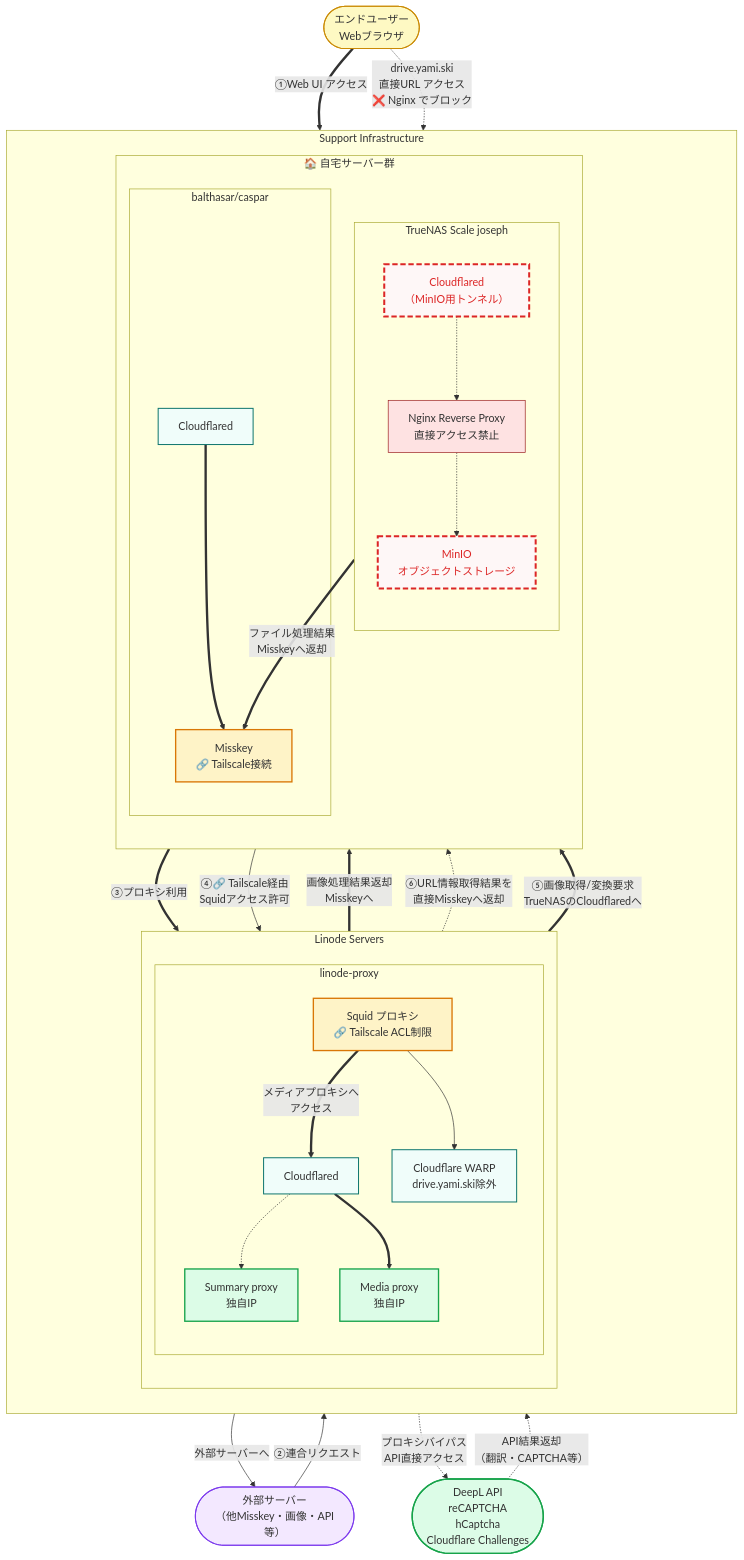
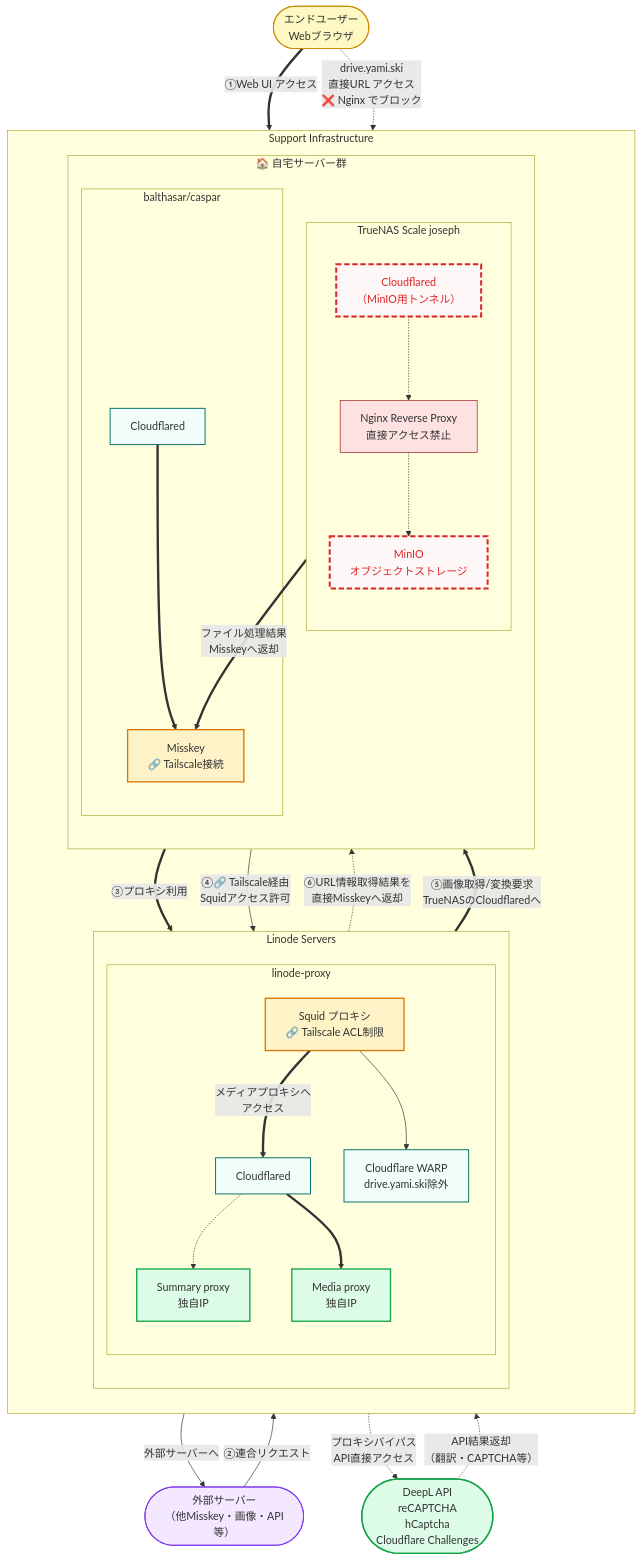
Before and after one commit to yamisskey-dev/hosted-list: the fifth of 5 diagrams in README.md, drawn with Mermaid.

````diff
--- a/README.md
+++ b/README.md
@@ -444,82 +444,81 @@
 ```mermaid
 graph TB
 classDef homeServer fill:#e2e8f0,stroke:#334155,stroke-width:2px
 classDef service fill:#f8fafc,stroke:#64748b,stroke-width:1px
 classDef security fill:#fee2e2,stroke:#991b1b,stroke-width:1px
 classDef cloudflare fill:#f0fdfa,stroke:#0f766e,stroke-width:1.5px
 classDef user fill:#fef9c3,stroke:#ca8a04,stroke-width:1.5px
 classDef federation fill:#f3e8ff,stroke:#7c3aed,stroke-width:1.5px
 classDef excludeHome fill:#fef7f7,stroke:#dc2626,stroke-width:3px,stroke-dasharray: 8 4,color:#dc2626
 classDef direct fill:#dcfce7,stroke:#16a34a,stroke-width:2px
 classDef tailscale fill:#fef3c7,stroke:#d97706,stroke-width:2px
 
 %% External actors
 enduser([エンドユーザー<br/>Webブラウザ]):::user
 external_servers([外部サーバー<br/>（他Misskey・画像・API等）]):::federation
 bypass_services([DeepL API<br/>reCAPTCHA<br/>hCaptcha<br/>Cloudflare Challenges]):::direct
 
 subgraph support[Support Infrastructure]
     direction TB
     
     subgraph linode[Linode Servers]
         direction TB
         subgraph proxy[linode-proxy]
             summaryproxy[Summary proxy<br/>独自IP]:::direct
             mediaproxy[Media proxy<br/>独自IP]:::direct
             squid[Squid プロキシ<br/>🔗 Tailscale ACL制限]:::tailscale
             warp[Cloudflare WARP<br/>drive.yami.ski除外]:::cloudflare
             cloudflared_p[Cloudflared]:::cloudflare
         end
     end
     
     subgraph homeservers[🏠 自宅サーバー群]
         direction TB
         subgraph balthasar_caspar[balthasar/caspar]
             yamisskey[Misskey<br/>🔗 Tailscale接続]:::tailscale
             cloudflared_bc[Cloudflared]:::cloudflare
         end
         
         subgraph truenas[TrueNAS Scale joseph]
             direction TB
             nginx_minio[Nginx Reverse Proxy<br/>直接アクセス禁止]:::security
             minio[MinIO<br/>オブジェクトストレージ]:::excludeHome
             cloudflared_home[Cloudflared<br/>（MinIO用トンネル）]:::excludeHome
         end
     end
 end
 
 %% エンドユーザーのアクセス経路（太線）
 enduser ==>|"①Web UI アクセス"| cloudflared_bc
 cloudflared_bc ==> yamisskey
 
 %% 外部サーバーからの連合リクエスト（通常線）
 external_servers -->|"②連合リクエスト"| cloudflared_bc
 
 %% Misskeyサーバーからプロキシへの内部リクエスト（MediaProxyのみ太線）
 yamisskey ==>|"③プロキシ利用"| cloudflared_p
 cloudflared_p ==> mediaproxy
 cloudflared_p -.-> summaryproxy
 
 %% === Misskeyのみ Tailscale経由でSquid使用 ===
 yamisskey -->|"④🔗 Tailscale経由<br/>Squidアクセス許可"| squid
 squid --> warp
 
 %% WARPからの分岐
 warp -->|"外部サーバーへ"| external_servers
 squid ==>|"メディアプロキシへ<br/>アクセス"| cloudflared_p
 cloudflared_home -.-> nginx_minio
 nginx_minio -.-> minio
 cloudflared_home ==>|"ファイル処理結果<br/>Misskeyへ返却"| yamisskey
 
 %% === MediaProxy・SummaryProxy のルート修正（MediaProxyのみ太線） ===
 mediaproxy ==>|"⑤画像取得/変換要求<br/>TrueNASのCloudflaredへ"| cloudflared_home
-mediaproxy ==>|"画像処理結果返却<br/>Misskeyへ"| yamisskey
 summaryproxy -.->|"⑥URL情報取得結果を<br/>直接Misskeyへ返却"| yamisskey
 
 %% プロキシバイパス対象（特定APIサービス）
 yamisskey -.->|"プロキシバイパス<br/>API直接アクセス"| bypass_services
 bypass_services -.->|"API結果返却<br/>（翻訳・CAPTCHA等）"| yamisskey
 
 %% 直接URLアクセス（ブロック）
 enduser -.->|"drive.yami.ski<br/>直接URL アクセス<br/>❌ Nginx でブロック"| cloudflared_home
 ```
````
